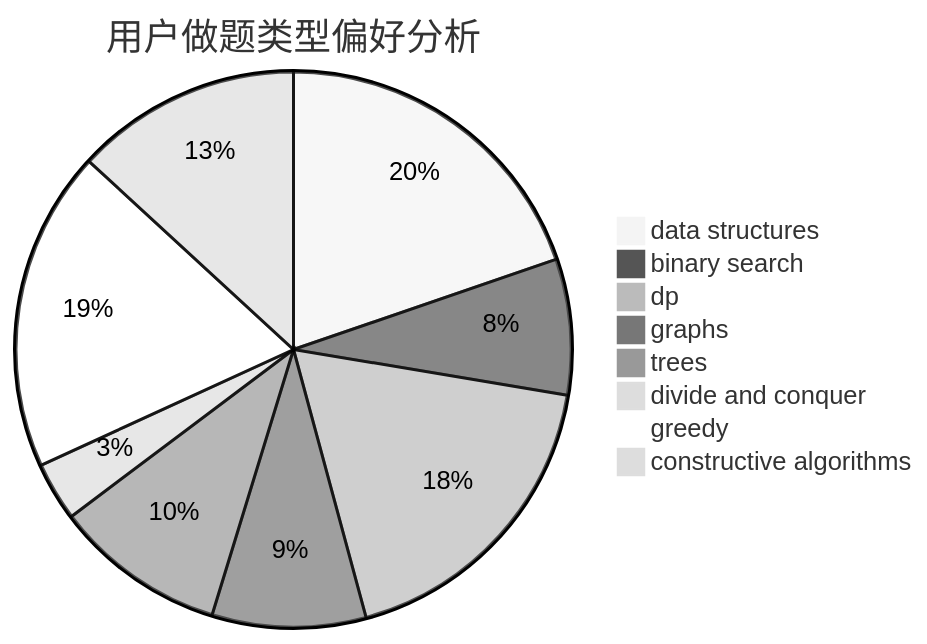
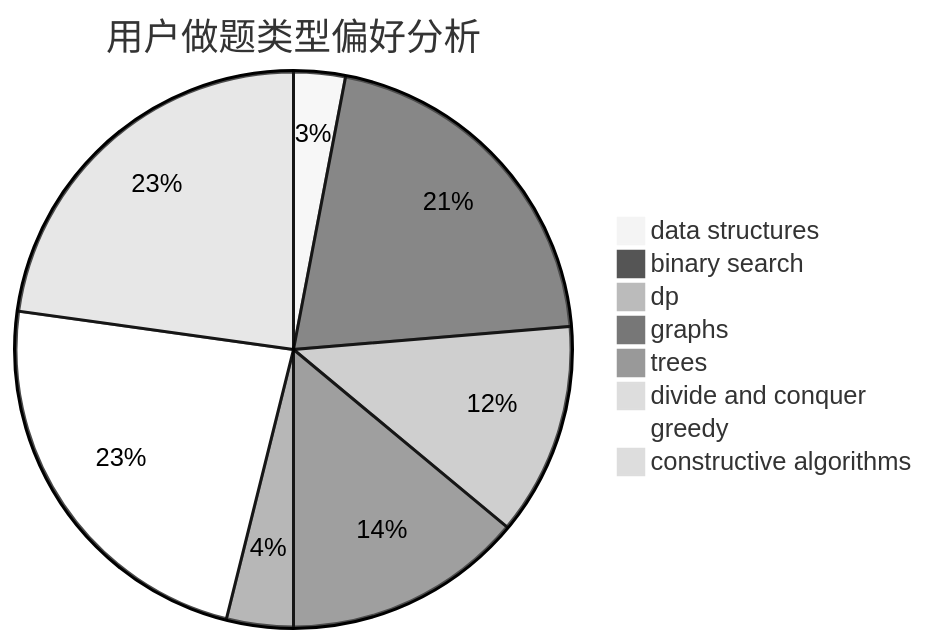
One commit to sherpahu/cfrs.github.io changed the second of 3 diagrams in docs/user/u1716.md. Above: the diagram before and after it, drawn with Mermaid (neutral theme). The commit also changed other lines of this file and 2770 other files, not shown here.

````diff
--- a/docs/user/u1716.md
+++ b/docs/user/u1716.md
@@ -23,11 +23,11 @@
 ```mermaid
 pie title 用户做题类型偏好分析
-    "data structures" :  75
-    "binary search" :  30
-    "dp" :  69
-    "graphs" :  34
-    "trees" :  38
-    "divide and conquer" :  13
-    "greedy" :  71
-    "constructive algorithms" :  50
+    "data structures" :  17
+    "binary search" :  117
+    "dp" :  70
+    "graphs" :  79
+    "trees" :  22
+    "divide and conquer" :  0
+    "greedy" :  132
+    "constructive algorithms" :  129
 ```
````
